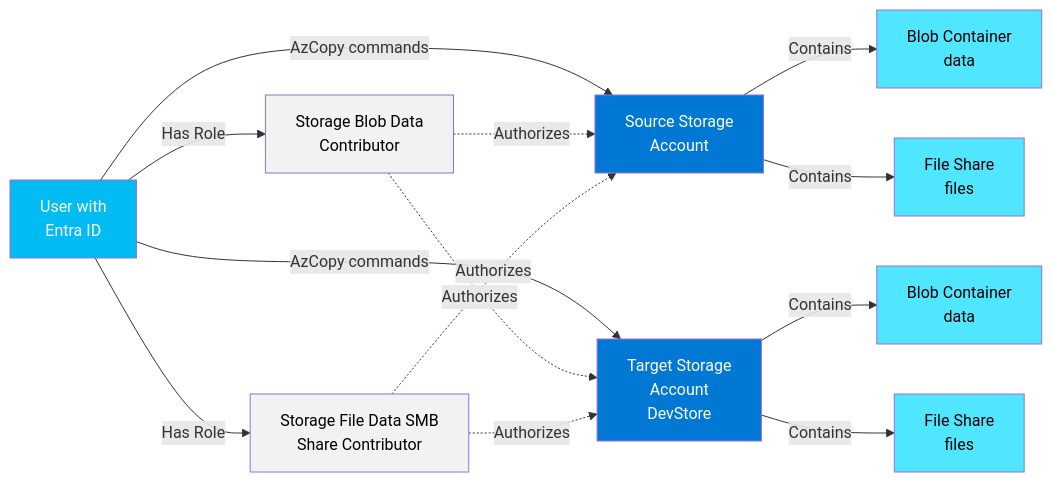
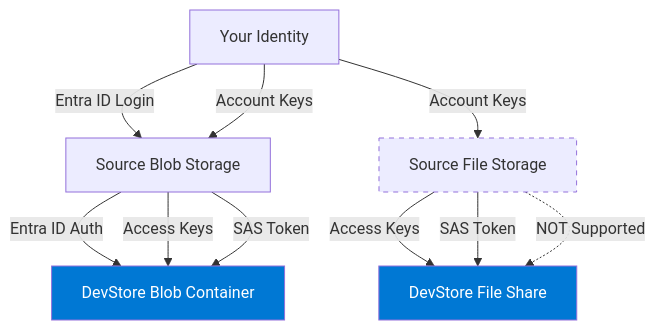
Before and after one commit to Greg-T8/LearningAzure: the diagram in AZ-104/hands-on-labs/storage/lab-azcopy-auth-methods/README.md, drawn with Mermaid. The commit also changed other lines of this file and 1 other file, not shown here.

````diff
--- a/AZ-104/hands-on-labs/storage/lab-azcopy-auth-methods/README.md
+++ b/AZ-104/hands-on-labs/storage/lab-azcopy-auth-methods/README.md
@@ -36,29 +54,18 @@
 ```mermaid
-graph LR
-    User[User with<br/>Entra ID] -->|AzCopy commands| Source[Source Storage<br/>Account]
-    User -->|AzCopy commands| Target[Target Storage<br/>Account<br/>DevStore]
+graph TD
+    A[Source Blob Storage] -->|Entra ID Auth| D[DevStore Blob Container]
+    A -->|Access Keys| D
+    A -->|SAS Token| D
     
-    Source -->|Contains| BlobSrc[Blob Container<br/>data]
-    Source -->|Contains| FileSrc[File Share<br/>files]
+    B[Source File Storage] -->|Access Keys| E[DevStore File Share]
+    B -->|SAS Token| E
+    B -.->|NOT Supported| E
     
-    Target -->|Contains| BlobTgt[Blob Container<br/>data]
-    Target -->|Contains| FileTgt[File Share<br/>files]
+    C[Your Identity] -->|Entra ID Login| A
+    C -->|Account Keys| A
+    C -->|Account Keys| B
     
-    User -->|Has Role| BlobRole[Storage Blob Data<br/>Contributor]
-    User -->|Has Role| FileRole[Storage File Data SMB<br/>Share Contributor]
-    
-    BlobRole -.->|Authorizes| Source
-    BlobRole -.->|Authorizes| Target
-    FileRole -.->|Authorizes| Source
-    FileRole -.->|Authorizes| Target
-
-    style Source fill:#0078d4,color:#fff
-    style Target fill:#0078d4,color:#fff
-    style BlobSrc fill:#50e6ff,color:#000
-    style FileSrc fill:#50e6ff,color:#000
-    style BlobTgt fill:#50e6ff,color:#000
-    style FileTgt fill:#50e6ff,color:#000
-    style User fill:#00bcf2,color:#fff
-    style BlobRole fill:#f2f2f2,color:#000
-    style FileRole fill:#f2f2f2,color:#000
+    style D fill:#0078d4,color:#fff
+    style E fill:#0078d4,color:#fff
+    style B stroke-dasharray: 5 5
 ```
````
